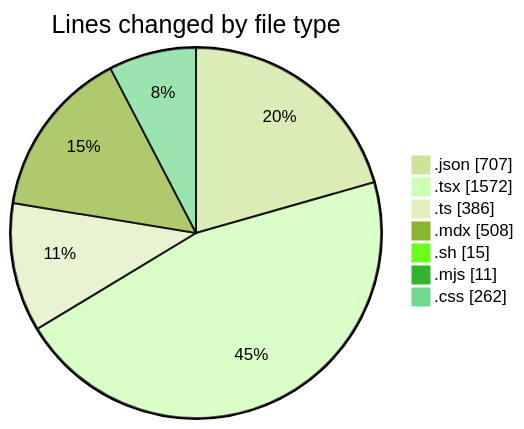
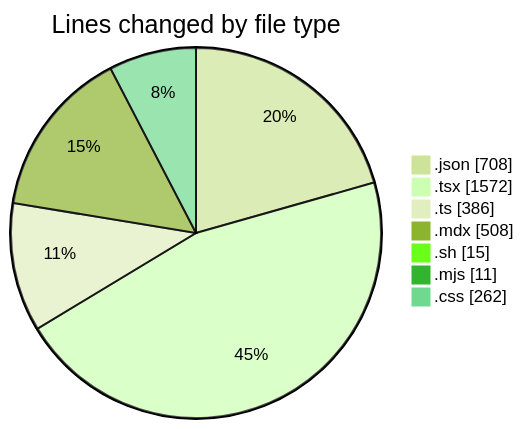
One commit to Elitesun/code-tracking changed the first of 2 diagrams in 2025-05-01/niten/README.md. Above: the diagram before and after it, drawn with Mermaid (forest theme). The commit also changed other lines of this file and 1 other file, not shown here.

````diff
--- a/2025-05-01/niten/README.md
+++ b/2025-05-01/niten/README.md
@@ -57,11 +57,11 @@
 ```mermaid
 pie showData
 title Lines changed by file type
-".json" : 707
+".json" : 708
 ".tsx" : 1572
 ".ts" : 386
 ".mdx" : 508
 ".sh" : 15
 ".mjs" : 11
 ".css" : 262
 ```
````
